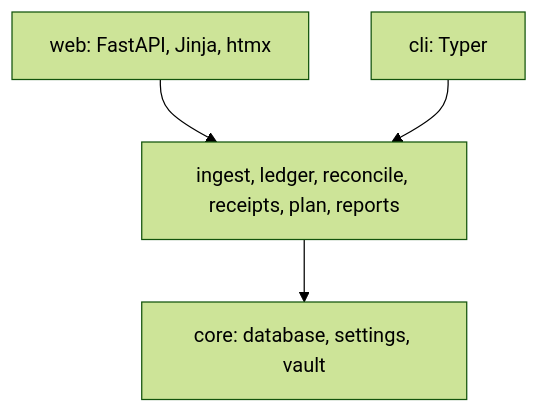
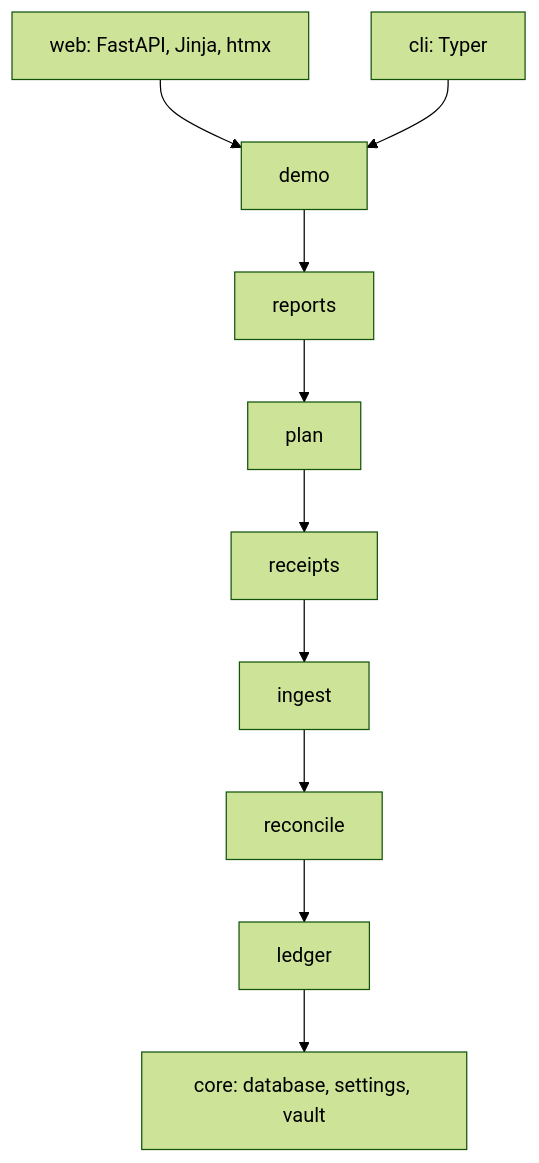
One commit to spinningyoyo/omsync changed the second of 3 diagrams in docs/architecture/system.md. Above: the diagram before and after it, drawn with Mermaid (forest theme). The commit also changed other lines of this file and 337 other files, not shown here.

````diff
--- a/docs/architecture/system.md
+++ b/docs/architecture/system.md
@@ -32,6 +32,12 @@
 ```mermaid
 flowchart TD
-    Web[web: FastAPI, Jinja, htmx] --> Domain
-    CLI[cli: Typer] --> Domain
-    Domain[ingest, ledger, reconcile, receipts, plan, reports] --> Core[core: database, settings, vault]
+    Web[web: FastAPI, Jinja, htmx] --> Demo
+    CLI[cli: Typer] --> Demo
+    Demo[demo] --> Reports[reports]
+    Reports --> Plan[plan]
+    Plan --> Receipts[receipts]
+    Receipts --> Ingest[ingest]
+    Ingest --> Reconcile[reconcile]
+    Reconcile --> Ledger[ledger]
+    Ledger --> Core[core: database, settings, vault]
 ```
````
